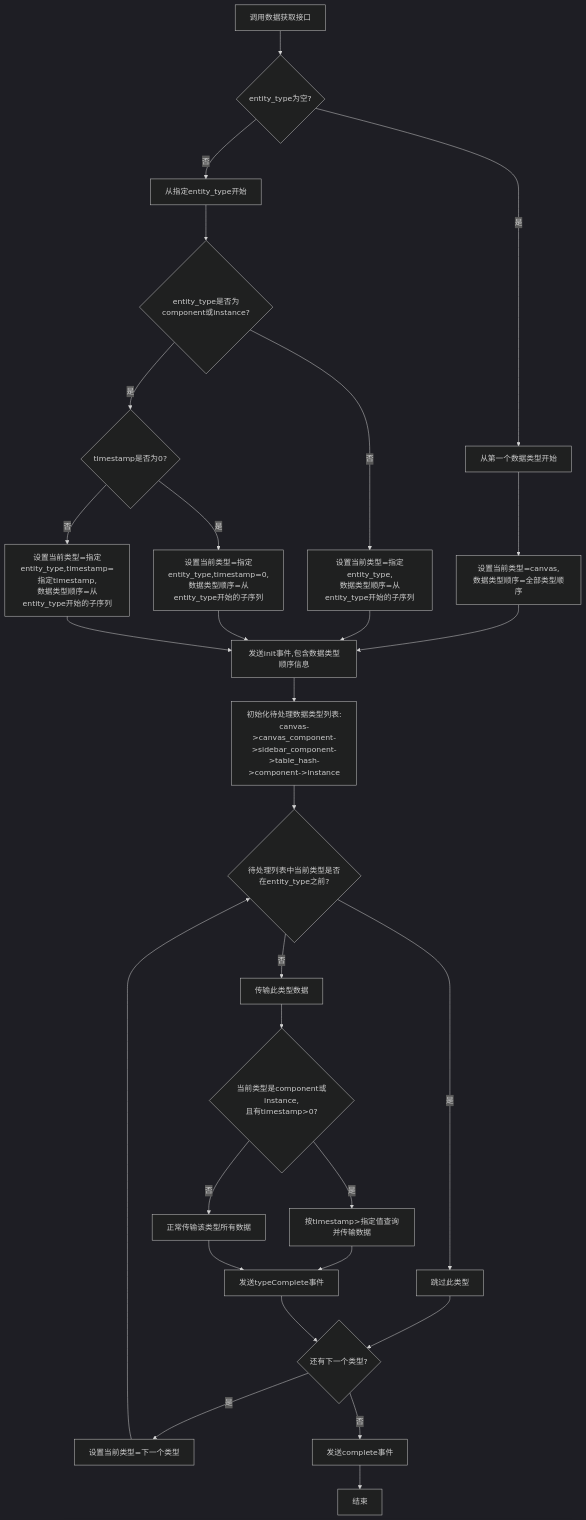
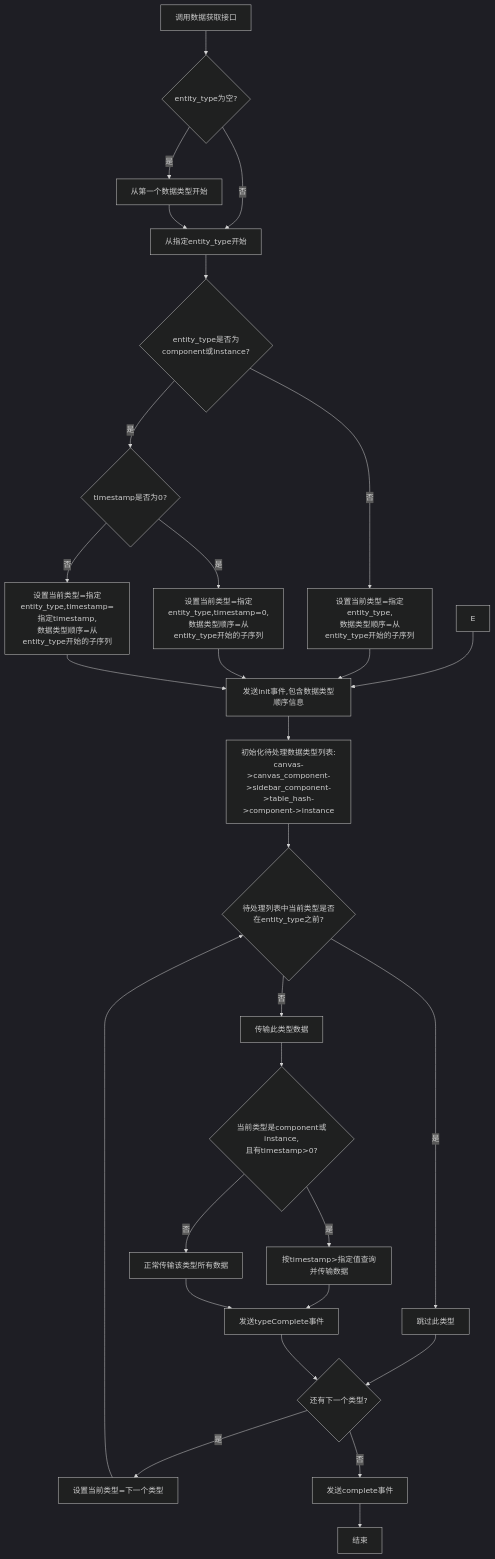
One commit to yingjianzh/iodraw-files changed the diagram in all/未命名-59.md. Above: the diagram before and after it, drawn with Mermaid (dark theme).

Commit message:
2025-05-14 15:39:05 update

````diff
--- a/all/未命名-59.md
+++ b/all/未命名-59.md
@@ -1,42 +1,42 @@
 ```mermaid
 flowchart TD
     A[调用数据获取接口] --> B{entity_type为空?}
 
     B -->|是| C[从第一个数据类型开始]
     B -->|否| D[从指定entity_type开始]
     
-    C --> E[设置当前类型=canvas,\n数据类型顺序=全部类型顺序]
+    C --> 
     D --> F{entity_type是否为component或instance?}
     
     F -->|否| G[设置当前类型=指定entity_type,\n数据类型顺序=从entity_type开始的子序列]
     F -->|是| H{timestamp是否为0?}
     
     H -->|是| I[设置当前类型=指定entity_type,timestamp=0,\n数据类型顺序=从entity_type开始的子序列]
     H -->|否| J[设置当前类型=指定entity_type,timestamp=指定timestamp,\n数据类型顺序=从entity_type开始的子序列]
     
     E --> K[发送init事件,包含数据类型顺序信息]
     G --> K
     I --> K
     J --> K
     
     K --> L[初始化待处理数据类型列表:\ncanvas->canvas_component->sidebar_component->table_hash->component->instance]
     
     L --> M{待处理列表中当前类型是否在entity_type之前?}
     M -->|是| N[跳过此类型]
     M -->|否| O[传输此类型数据]
     
     O --> P{当前类型是component或instance,\n且有timestamp>0?}
     P -->|是| Q[按timestamp>指定值查询并传输数据]
     P -->|否| R[正常传输该类型所有数据]
     
     Q --> S[发送typeComplete事件]
     R --> S
     N --> T{还有下一个类型?}
     S --> T
     
     T -->|是| U[设置当前类型=下一个类型]
     T -->|否| V[发送complete事件]
     
     U --> M
     V --> W[结束]
 ```
````
